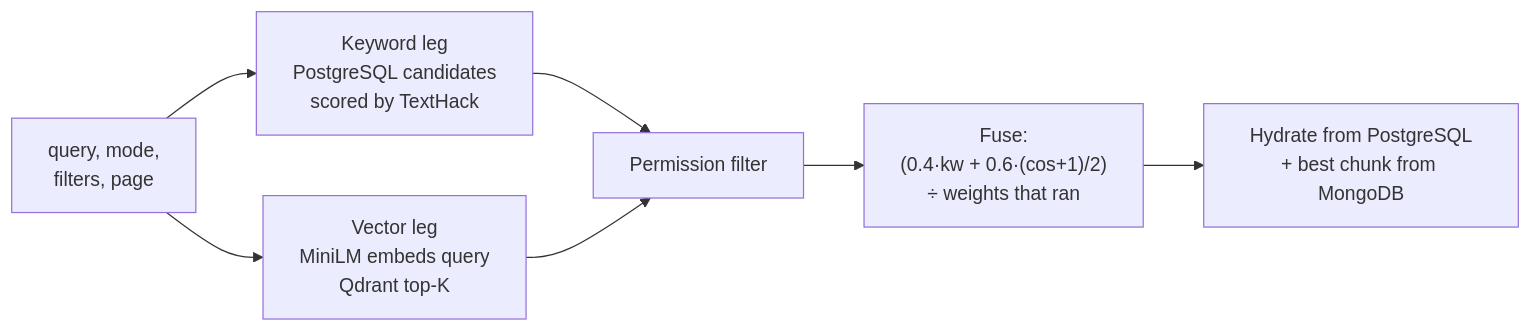
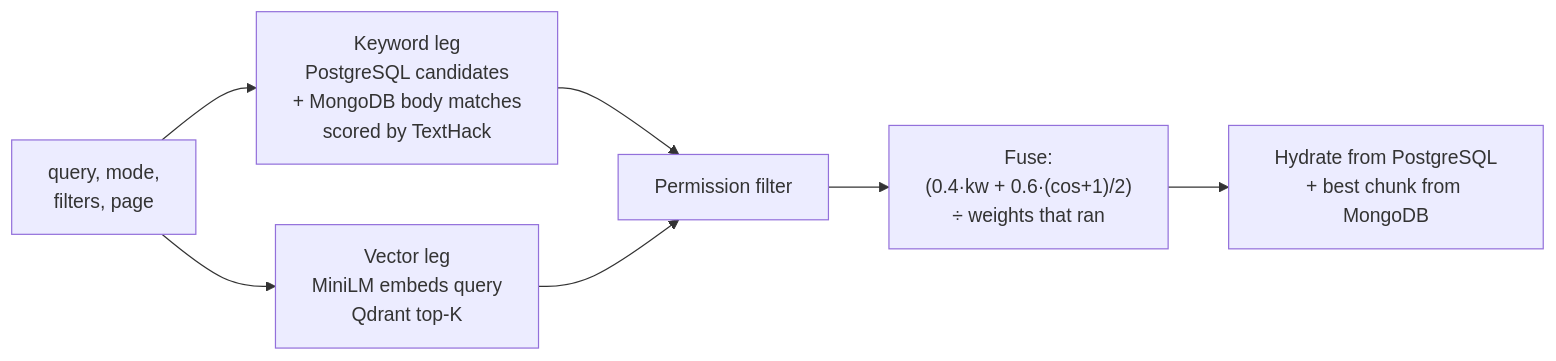
The fourth of 4 diagrams in docs/database/DBE-DSD.md (SathyaMaragani/Enterprise-Knowledge-Intelligence-Platform), drawn with Mermaid before and after one commit. The commit also changed other lines of this file and 11 other files, not shown here.

````diff
--- a/docs/database/DBE-DSD.md
+++ b/docs/database/DBE-DSD.md
@@ -295,9 +295,9 @@
 ```mermaid
 flowchart LR
-    Q[query, mode,<br/>filters, page] --> K[Keyword leg<br/>PostgreSQL candidates<br/>scored by TextHack]
+    Q[query, mode,<br/>filters, page] --> K[Keyword leg<br/>PostgreSQL candidates<br/>+ MongoDB body matches<br/>scored by TextHack]
     Q --> V[Vector leg<br/>MiniLM embeds query<br/>Qdrant top-K]
     K --> P[Permission filter]
     V --> P
     P --> F["Fuse:<br/>(0.4·kw + 0.6·(cos+1)/2)<br/>÷ weights that ran"]
     F --> H[Hydrate from PostgreSQL<br/>+ best chunk from MongoDB]
 ```
````
